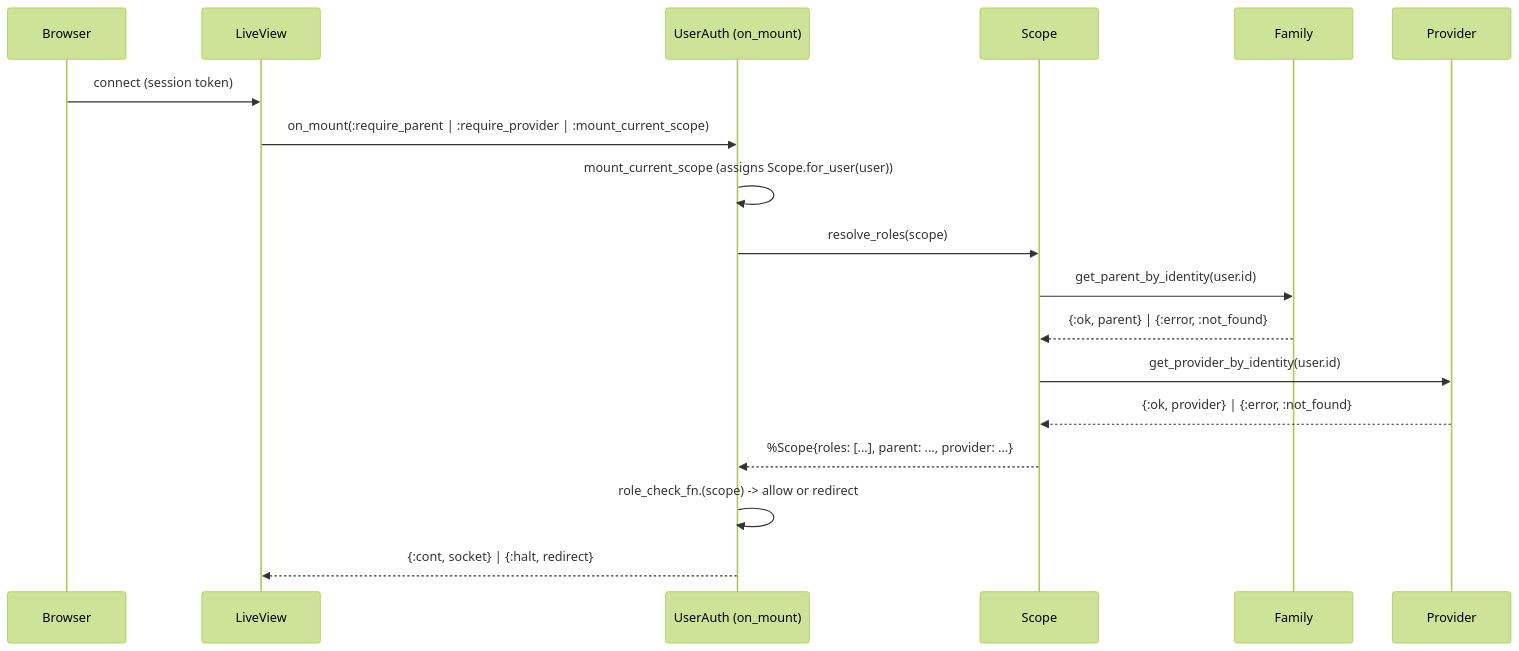
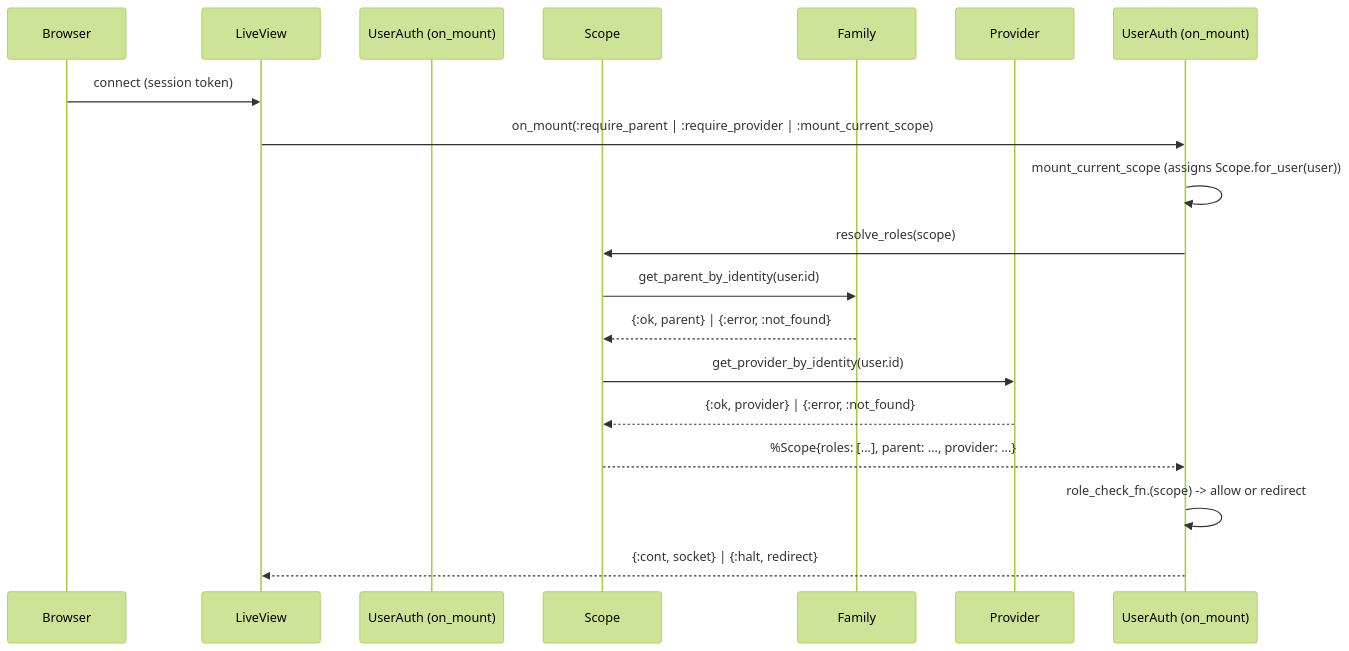
The diagram in docs/contexts/accounts/features/role-resolution.md (MaxPayne89/prime-youth), drawn with Mermaid (forest theme) before and after one commit. The commit also changed 4 other files, not shown here.

First line of the commit message:
fix: use Mermaid alias syntax for participant names with parentheses

````diff
--- a/docs/contexts/accounts/features/role-resolution.md
+++ b/docs/contexts/accounts/features/role-resolution.md
@@ -67,21 +67,21 @@
 ```mermaid
 sequenceDiagram
     participant Browser
     participant LiveView
-    participant UserAuth (on_mount)
+    participant UserAuth as UserAuth (on_mount)
     participant Scope
     participant Family
     participant Provider
 
     Browser->>LiveView: connect (session token)
     LiveView->>UserAuth (on_mount): on_mount(:require_parent | :require_provider | :mount_current_scope)
     UserAuth (on_mount)->>UserAuth (on_mount): mount_current_scope (assigns Scope.for_user(user))
     UserAuth (on_mount)->>Scope: resolve_roles(scope)
     Scope->>Family: get_parent_by_identity(user.id)
     Family-->>Scope: {:ok, parent} | {:error, :not_found}
     Scope->>Provider: get_provider_by_identity(user.id)
     Provider-->>Scope: {:ok, provider} | {:error, :not_found}
     Scope-->>UserAuth (on_mount): %Scope{roles: [...], parent: ..., provider: ...}
     UserAuth (on_mount)->>UserAuth (on_mount): role_check_fn.(scope) -> allow or redirect
     UserAuth (on_mount)-->>LiveView: {:cont, socket} | {:halt, redirect}
 ```
````
